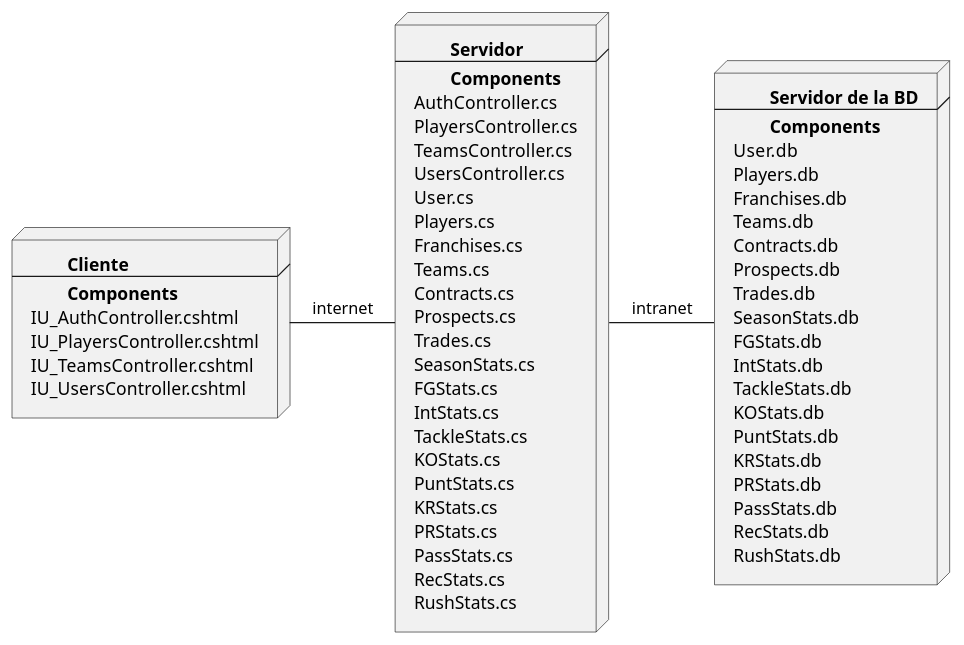
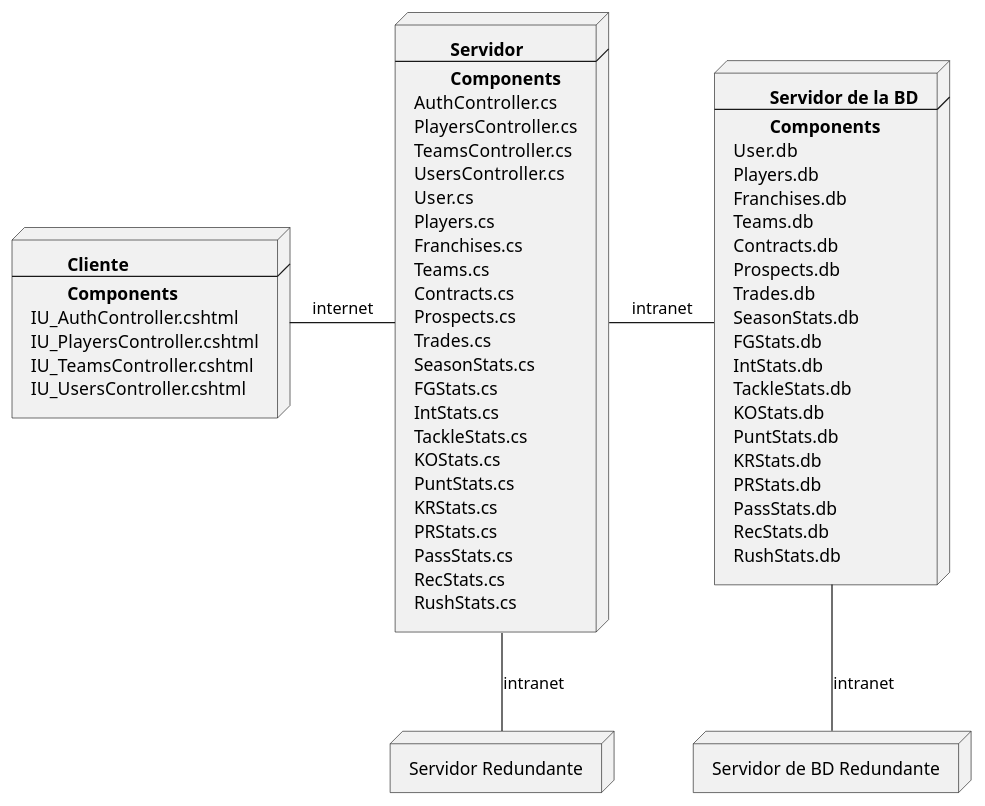
Before and after one commit to jorgerr174/MyExpansionTeam: the diagram in METCore/Diagramas/Despliegue/VistaArquitectonica/VistaArquitectonica.puml, drawn with PlantUML. The commit also changed 55 other files, not shown here.

```diff
--- a/METCore/Diagramas/Despliegue/VistaArquitectonica/VistaArquitectonica.puml
+++ b/METCore/Diagramas/Despliegue/VistaArquitectonica/VistaArquitectonica.puml
@@ -1,68 +1,74 @@
 @startuml METAPI_Database_ER_Diagram
 
 node Client [
     <b>\tCliente</b>
     ----
     <b>\tComponents</b>
     IU_AuthController.cshtml
     IU_PlayersController.cshtml
     IU_TeamsController.cshtml
     IU_UsersController.cshtml
 ]
 
 node Server [
     <b>\tServidor</b>
     ----
     <b>\tComponents</b>
     AuthController.cs
     PlayersController.cs
     TeamsController.cs
     UsersController.cs
     User.cs
     Players.cs
     Franchises.cs
     Teams.cs
     Contracts.cs
     Prospects.cs
     Trades.cs
     SeasonStats.cs
     FGStats.cs
     IntStats.cs
     TackleStats.cs
     KOStats.cs
     PuntStats.cs
     KRStats.cs
     PRStats.cs
     PassStats.cs
     RecStats.cs
     RushStats.cs
 ]
 
+node Server2 as "Servidor Redundante"
+
 node BD [
     <b>\tServidor de la BD</b>
     ----
     <b>\tComponents</b>
     User.db
     Players.db
     Franchises.db
     Teams.db
     Contracts.db
     Prospects.db
     Trades.db
     SeasonStats.db
     FGStats.db
     IntStats.db
     TackleStats.db
     KOStats.db
     PuntStats.db
     KRStats.db
     PRStats.db
     PassStats.db
     RecStats.db
     RushStats.db
 ]
 
+node BD2 as "Servidor de BD Redundante"
+
 Client -r- Server : internet
+Server -d- Server2 : intranet
 Server -r- BD : intranet
+BD -d- BD2 : intranet
 
 @enduml
```
